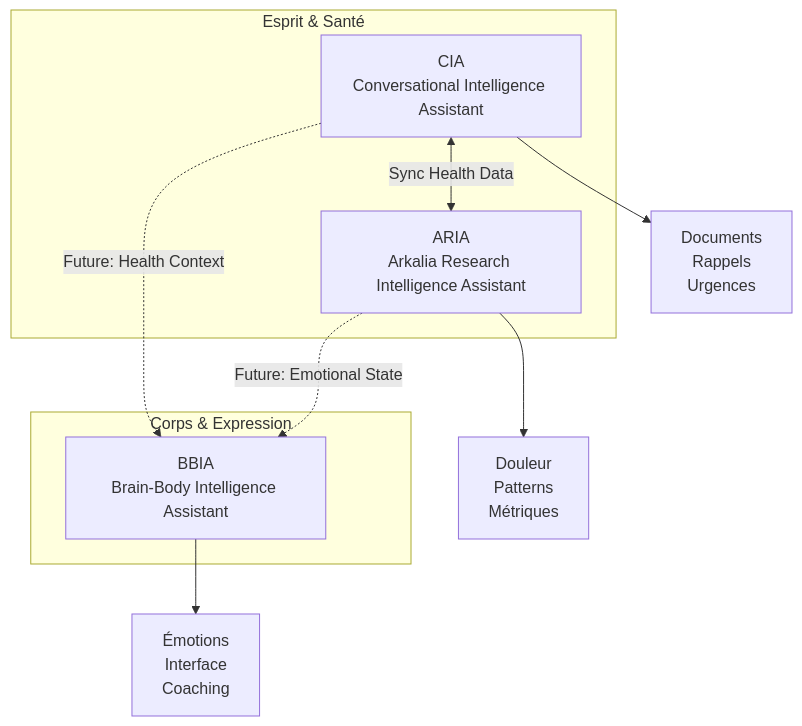
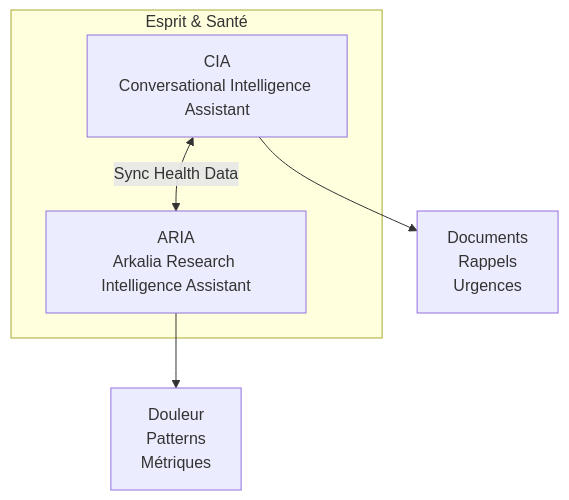
One commit to arkalia-luna-system/arkalia-cia changed the diagram in docs/integrations/ECOSYSTEM_VISION.md. Above: the diagram before and after it, drawn with Mermaid. The commit also changed other lines of this file and 13 other files, not shown here.

````diff
--- a/docs/integrations/ECOSYSTEM_VISION.md
+++ b/docs/integrations/ECOSYSTEM_VISION.md
@@ -23,19 +23,12 @@
 ```mermaid
 graph TB
     subgraph "Esprit & Santé"
         A[CIA<br/>Conversational Intelligence Assistant]
         B[ARIA<br/>Arkalia Research Intelligence Assistant]
     end
-    
-    subgraph "Corps & Expression"
-        C[BBIA<br/>Brain-Body Intelligence Assistant]
-    end
-    
+
     A <-->|Sync Health Data| B
-    A -.->|Future: Health Context| C
-    B -.->|Future: Emotional State| C
-    
+
     A --> D[Documents<br/>Rappels<br/>Urgences]
     B --> E[Douleur<br/>Patterns<br/>Métriques]
-    C --> F[Émotions<br/>Interface<br/>Coaching]
 ```
````
